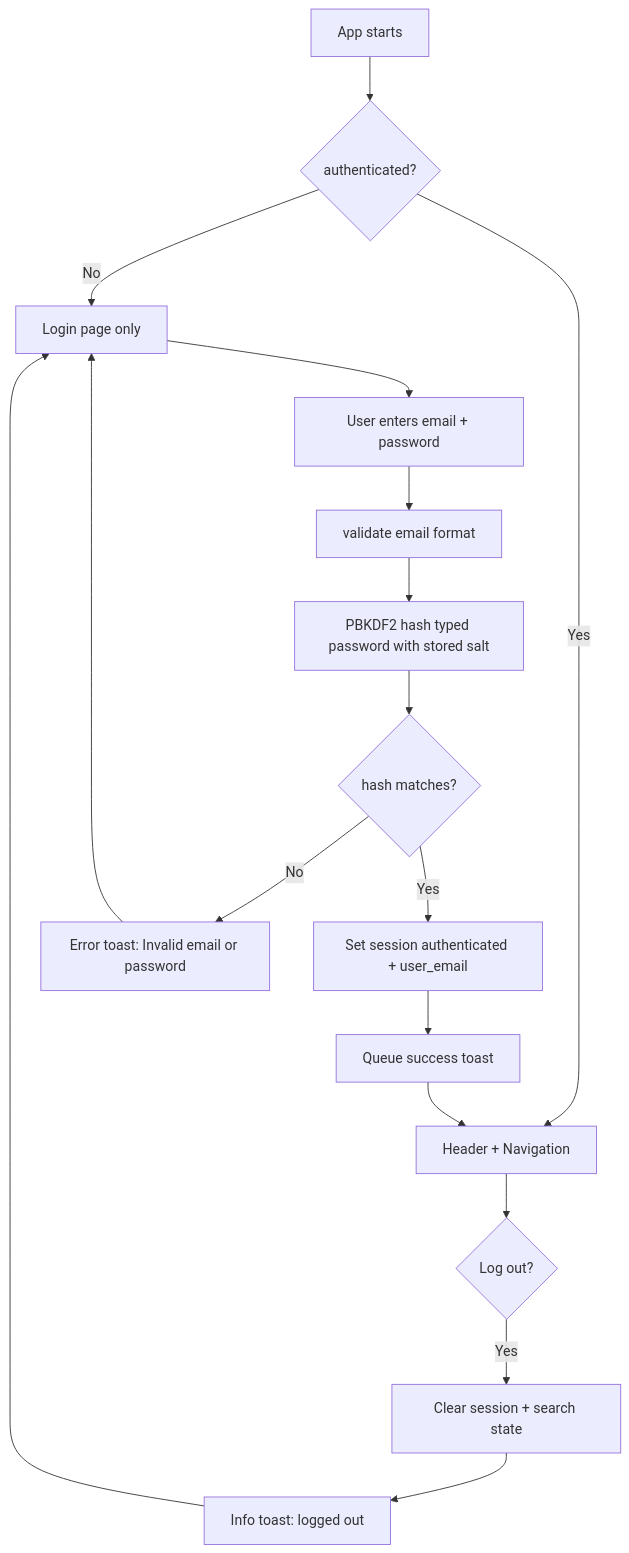
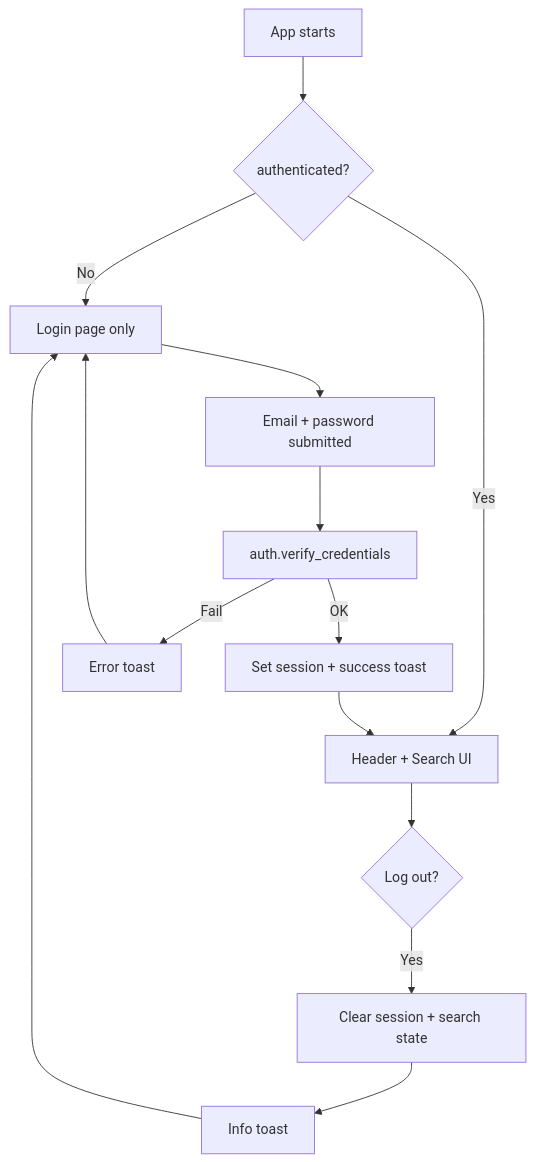
Before and after one commit to kaajal-niranjan/search-engine: the first of 3 diagrams in docs/DATA_FLOW.md, drawn with Mermaid. The commit also changed other lines of this file and 9 other files, not shown here.

````diff
--- a/docs/DATA_FLOW.md
+++ b/docs/DATA_FLOW.md
@@ -19,19 +17,16 @@
 ```mermaid
 flowchart TD
     A[App starts] --> B{authenticated?}
     B -->|No| C[Login page only]
-    B -->|Yes| D[Header + Navigation]
-    C --> E[User enters email + password]
-    E --> F[validate email format]
-    F --> G[PBKDF2 hash typed password with stored salt]
-    G --> H{hash matches?}
-    H -->|Yes| I[Set session authenticated + user_email]
-    I --> J[Queue success toast]
-    J --> D
-    H -->|No| K[Error toast: Invalid email or password]
+    B -->|Yes| D[Header + Search UI]
+    C --> E[Email + password submitted]
+    E --> F[auth.verify_credentials]
+    F -->|OK| G[Set session + success toast]
+    G --> D
+    F -->|Fail| H[Error toast]
+    H --> C
+    D --> I{Log out?}
+    I -->|Yes| J[Clear session + search state]
+    J --> K[Info toast]
     K --> C
-    D --> L{Log out?}
-    L -->|Yes| M[Clear session + search state]
-    M --> N[Info toast: logged out]
-    N --> C
 ```
````
